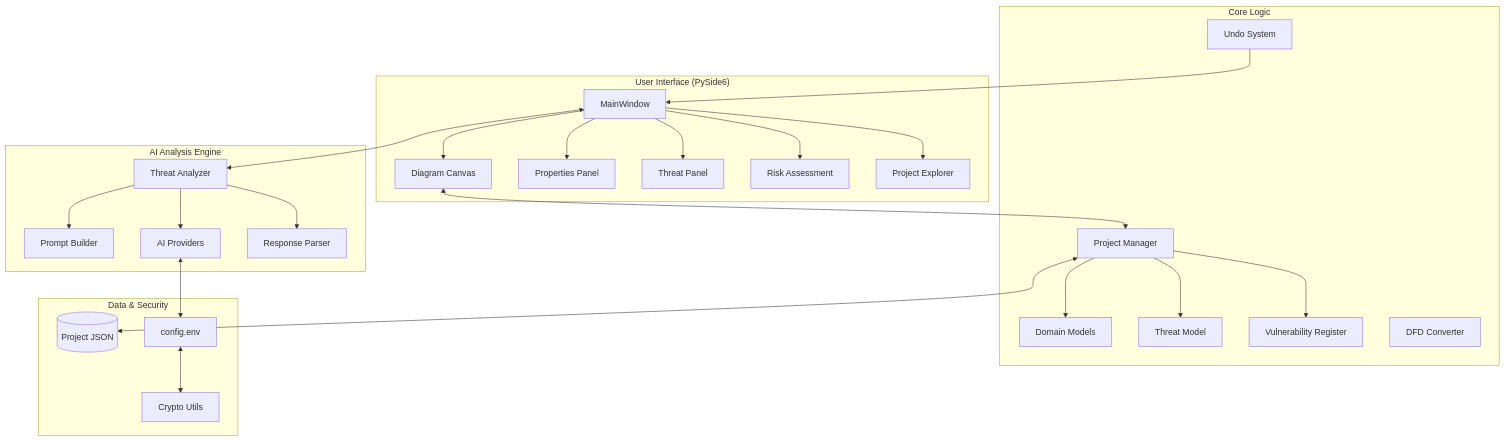
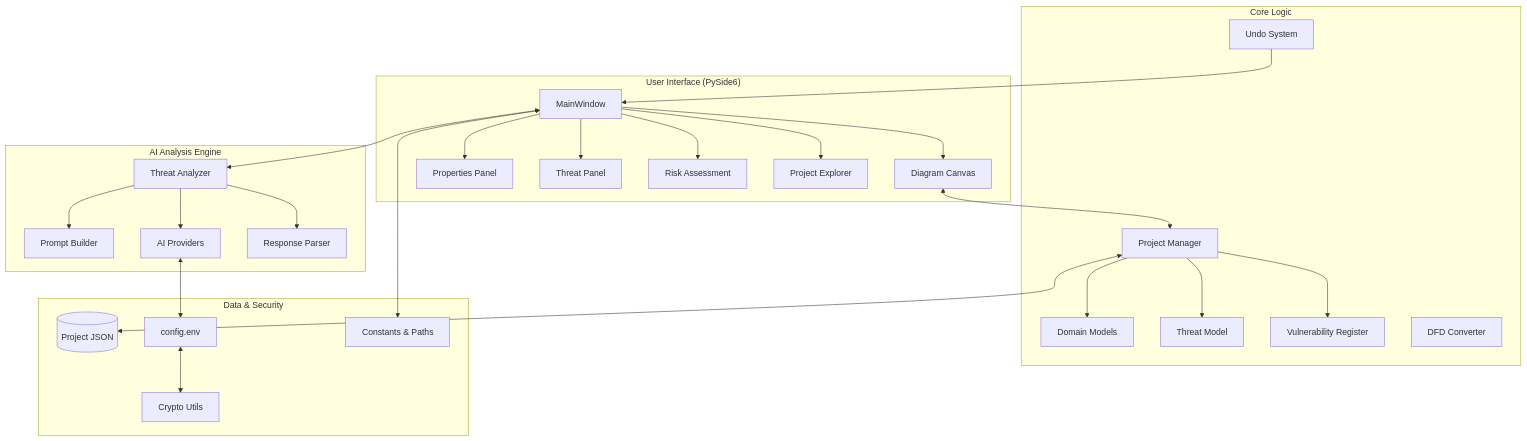
The diagram in ARCHITECTURE.md (dipta-roy/ThreatPilot), drawn with Mermaid before and after one commit. The commit also changed other lines of this file and 61 other files, not shown here.

````diff
--- a/ARCHITECTURE.md
+++ b/ARCHITECTURE.md
@@ -11,36 +11,38 @@
 ```mermaid
 graph TD
     subgraph "User Interface (PySide6)"
         MW[MainWindow] --> DC[Diagram Canvas]
         MW --> PP[Properties Panel]
         MW --> TP[Threat Panel]
         MW --> RA[Risk Assessment]
         MW --> PE[Project Explorer]
     end
 
     subgraph "Core Logic"
         PM[Project Manager] --> DM[Domain Models]
         PM --> TM[Threat Model]
         PM --> VR[Vulnerability Register]
         US[Undo System] --> MW
         DFD[DFD Converter]
     end
 
     subgraph "AI Analysis Engine"
         TA[Threat Analyzer] --> PB[Prompt Builder]
         TA --> AP[AI Providers]
         TA --> RP[Response Parser]
     end
 
     subgraph "Data & Security"
         JSON[(Project JSON)]
         ENV[config.env]
         CRY[Crypto Utils]
+        CON[Constants & Paths]
     end
 
     DC <--> PM
     PM <--> JSON
     MW <--> TA
     AP <--> ENV
     ENV <--> CRY
+    MW <--> CON
 ```
````
